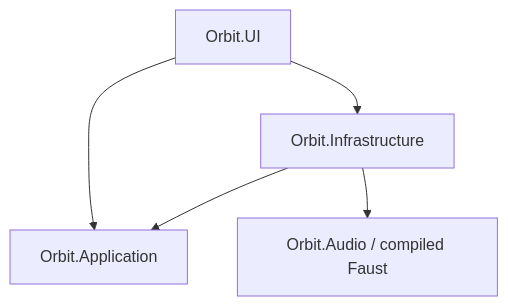
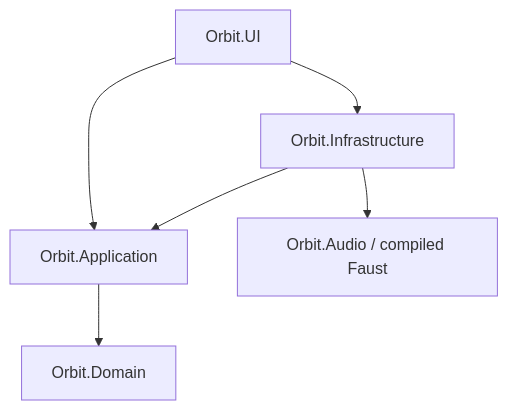
One commit to wgabel/orbit2 changed the first of 3 diagrams in README.md. Above: the diagram before and after it, drawn with Mermaid. The commit also changed other lines of this file and 31 other files, not shown here.

Commit message:
Phase 1: introduce independent signal graph domain and validation

````diff
--- a/README.md
+++ b/README.md
@@ -22,7 +24,8 @@
 ```mermaid
 flowchart TD
     UI["Orbit.UI"] --> Application["Orbit.Application"]
     UI --> Infrastructure["Orbit.Infrastructure"]
     Infrastructure --> Application
+    Application --> Domain["Orbit.Domain"]
     Infrastructure --> DSP["Orbit.Audio / compiled Faust"]
 ```
````
